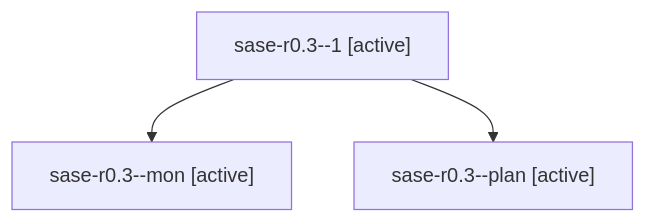
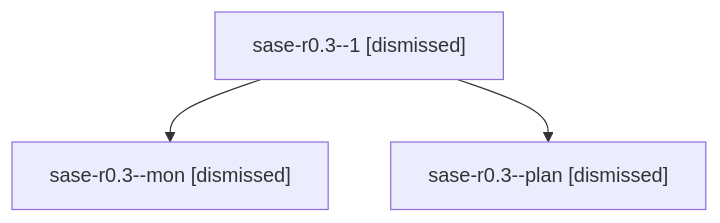
One commit to sase-org/sase--agents changed the diagram in sessions/bbugyi200.athena.sase-r0.3.md. Above: the diagram before and after it, drawn with Mermaid. The commit also changed other lines of this file and 150 other files, not shown here.

````diff
--- a/sessions/bbugyi200.athena.sase-r0.3.md
+++ b/sessions/bbugyi200.athena.sase-r0.3.md
@@ -9,8 +9,8 @@
 ```mermaid
 flowchart TD
-  n0["sase-r0.3--1 [active]"]
-  n1["sase-r0.3--mon [active]"]
+  n0["sase-r0.3--1 [dismissed]"]
+  n1["sase-r0.3--mon [dismissed]"]
   n0 --> n1
-  n2["sase-r0.3--plan [active]"]
+  n2["sase-r0.3--plan [dismissed]"]
   n0 --> n2
 ```
````
